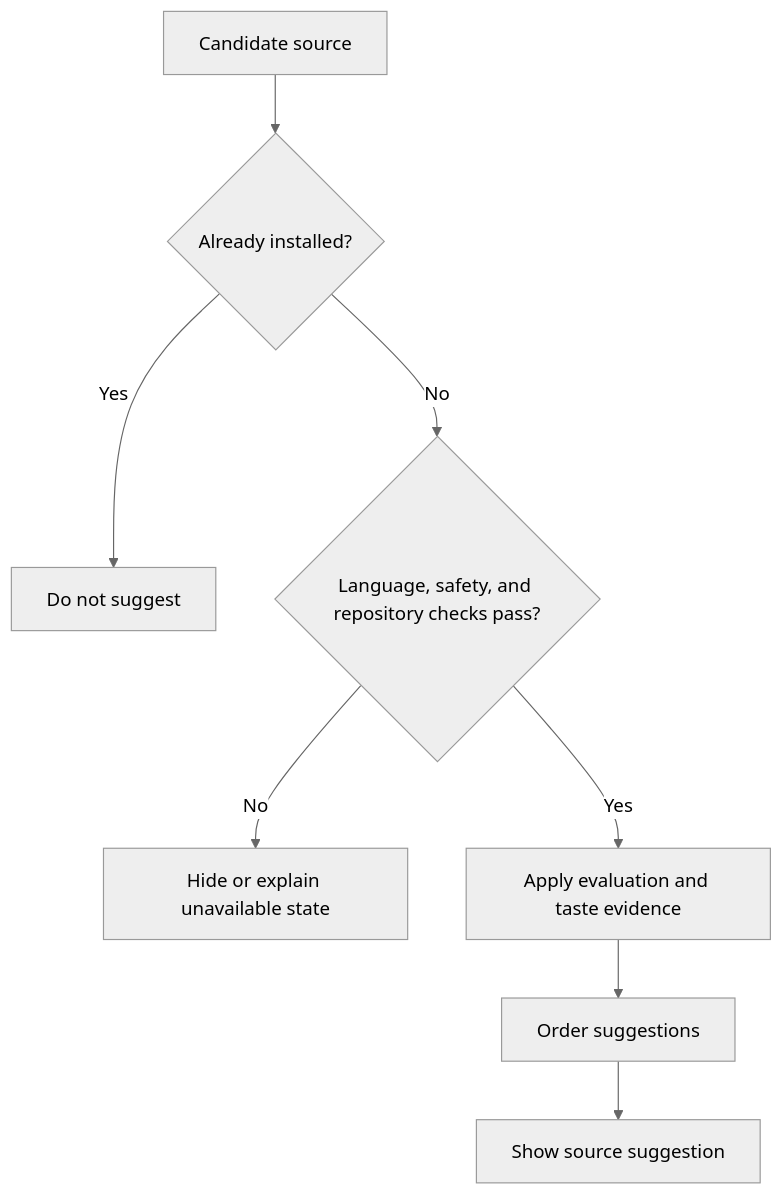
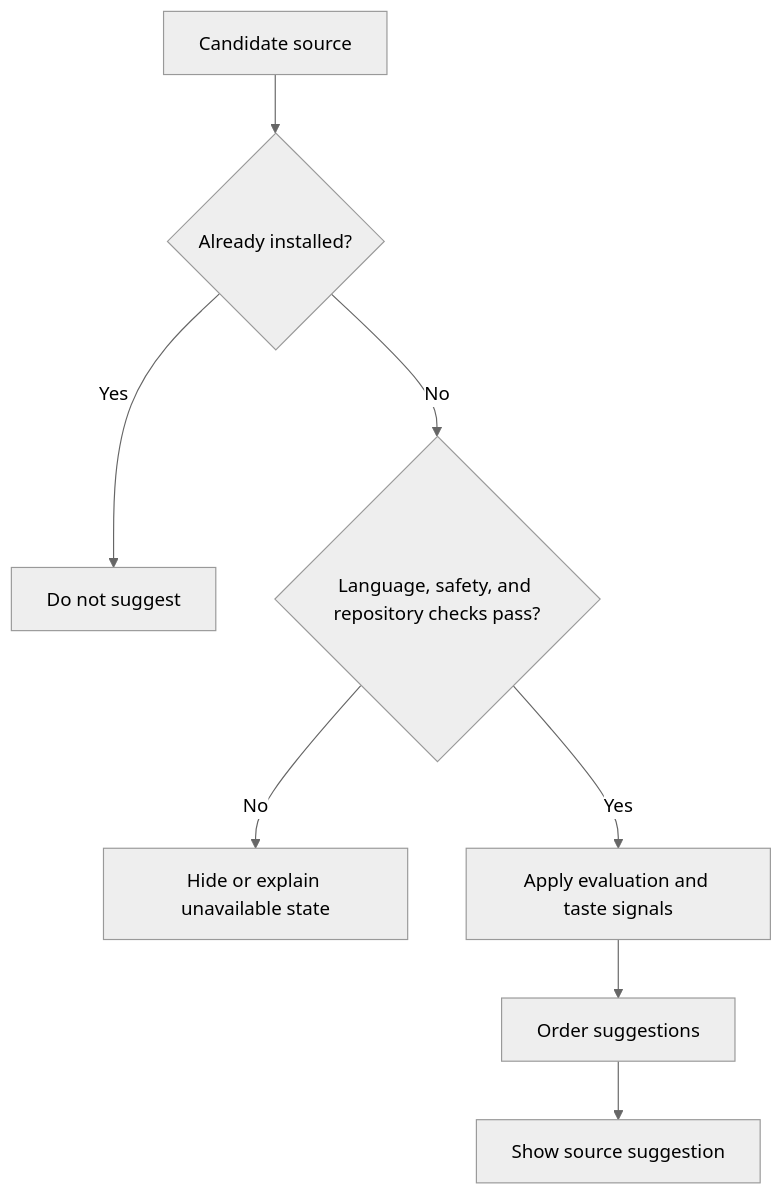
One commit to FancyCorey/komikku-KMK changed the second of 4 diagrams in docs/kmk/diagrams/sources-and-priority.md. Above: the diagram before and after it, drawn with Mermaid (neutral theme). The commit also changed other lines of this file and 23 other files, not shown here.

````diff
--- a/docs/kmk/diagrams/sources-and-priority.md
+++ b/docs/kmk/diagrams/sources-and-priority.md
@@ -21,10 +21,10 @@
 ```mermaid
 flowchart TD
     Candidate["Candidate source"] --> Installed{"Already installed?"}
     Installed -->|Yes| Hide["Do not suggest"]
     Installed -->|No| Eligible{"Language, safety, and repository checks pass?"}
     Eligible -->|No| Unavailable["Hide or explain unavailable state"]
-    Eligible -->|Yes| Evidence["Apply evaluation and taste evidence"]
+    Eligible -->|Yes| Evidence["Apply evaluation and taste signals"]
     Evidence --> Order["Order suggestions"]
     Order --> Show["Show source suggestion"]
 ```
````
